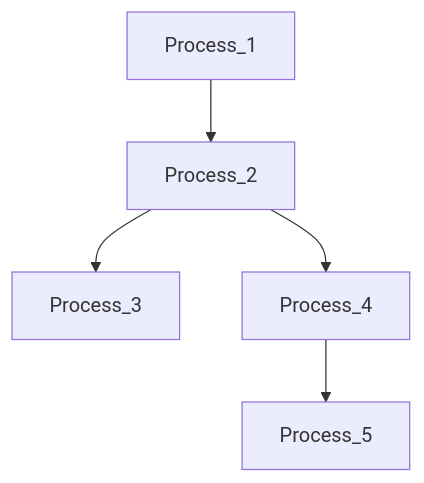
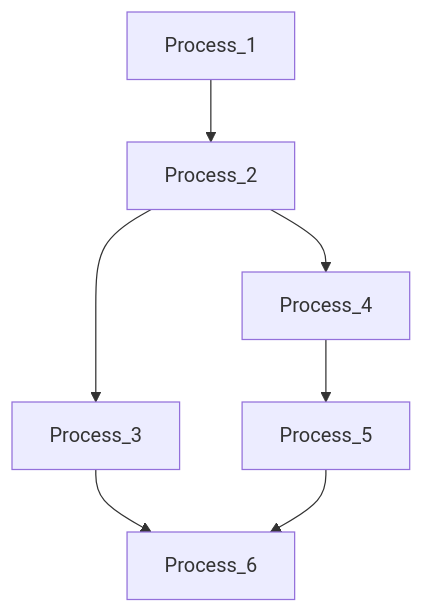
The second of 2 diagrams in pipeline/README.md (CorentinLabelle/Brainstorm-Tool-Additional-Files), drawn with Mermaid before and after one commit. The commit also changed other lines of this file, not shown here.

````diff
--- a/pipeline/README.md
+++ b/pipeline/README.md
@@ -21,8 +21,9 @@
 ```mermaid
 graph TD
 Process_1-->Process_2
 Process_2-->Process_3
 Process_2-->Process_4
 Process_4-->Process_5
-
+Process_3-->Process_6
+Process_5-->Process_6
 ```
````
